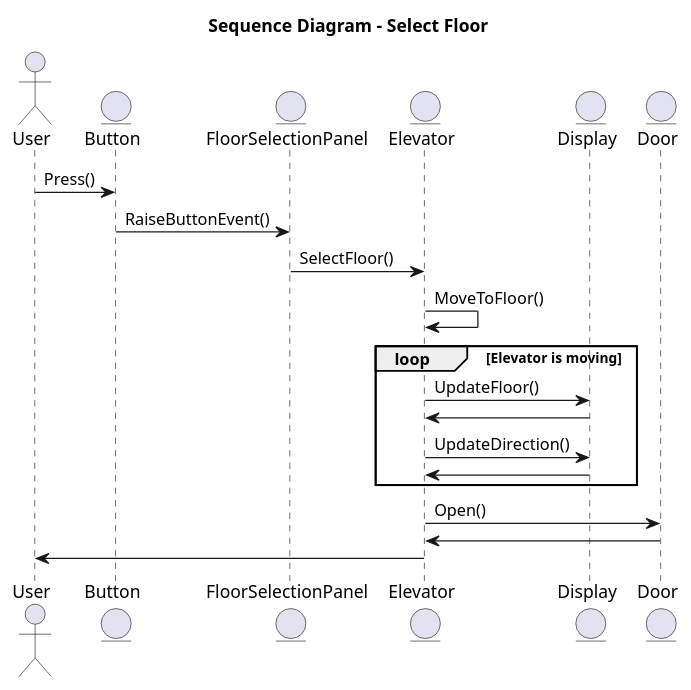
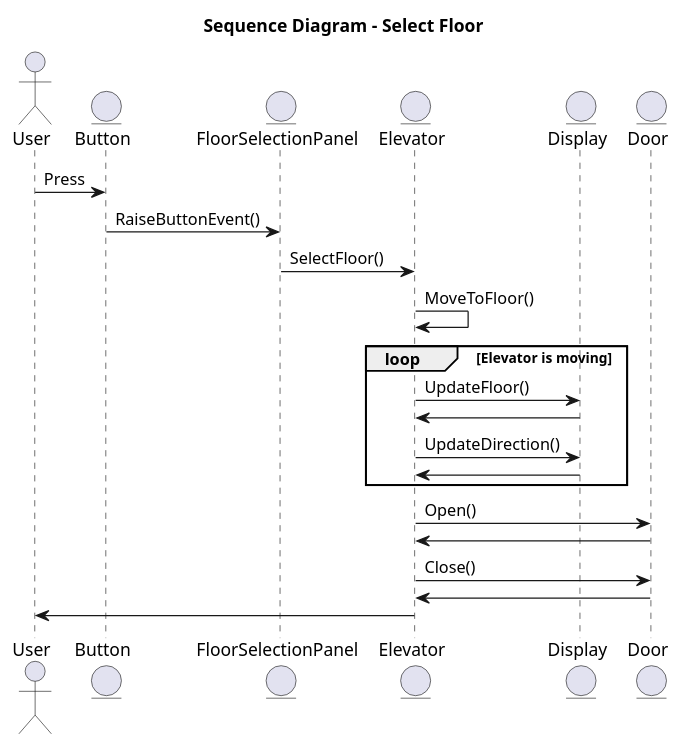
The fifth of 6 diagrams in Software Design & Algorithms/Elevator/Diagrams.puml (NathanThus/Technology-Semester-3), drawn with PlantUML before and after one commit. The commit also changed other lines of this file, not shown here.

```diff
--- a/Software Design & Algorithms/Elevator/Diagrams.puml
+++ b/Software Design & Algorithms/Elevator/Diagrams.puml
@@ -206,26 +200,28 @@
 @startuml Sequence_SelectFloor
 title Sequence Diagram - Select Floor
 
 Actor User
 Entity Button
 Entity FloorSelectionPanel
 Entity Elevator
 Entity Display
 entity Door
 
-User -> Button : Press()
+User -> Button : Press
 Button -> FloorSelectionPanel : RaiseButtonEvent()
 FloorSelectionPanel -> Elevator : SelectFloor()
 Elevator -> Elevator : MoveToFloor()
 
 loop Elevator is moving
 Elevator -> Display : UpdateFloor()
 Display -> Elevator
 Elevator -> Display : UpdateDirection()
 Display -> Elevator
 end
 
 Elevator -> Door : Open()
 Door -> Elevator
+Elevator -> Door : Close()
+Door -> Elevator
 Elevator -> User
 @enduml
```
